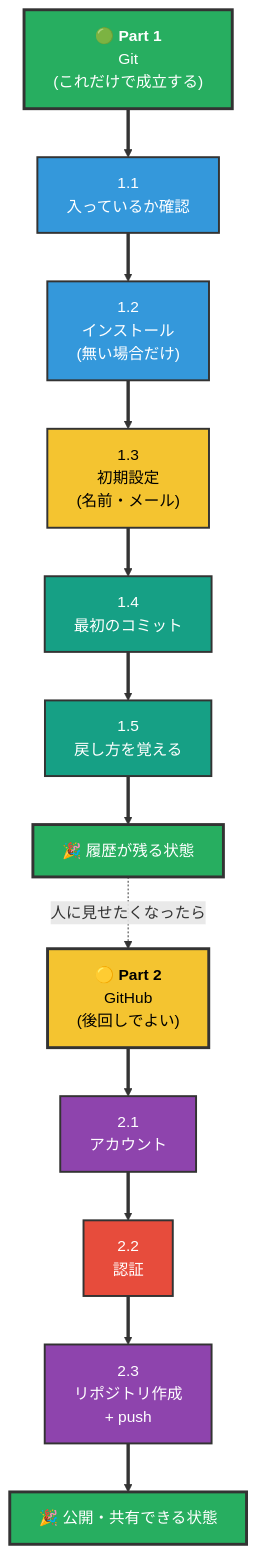
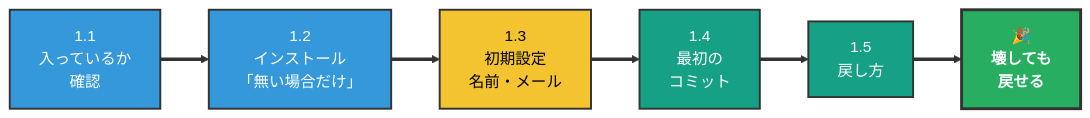
Before and after one commit to kasuyaofcb/tech_docs: the first of 7 diagrams in 02_git/setup.md, drawn with Mermaid. The commit also changed other lines of this file and 1 other file, not shown here.

First line of the commit message:
docs(git): setup.md に「ターミナルを開く」を新設し、全体マップを横レイアウトに

````diff
--- a/02_git/setup.md
+++ b/02_git/setup.md
@@ -16,31 +18,15 @@
 ```mermaid
-flowchart TB
-    P1["🟢 <b>Part 1</b><br/>Git<br/>(これだけで成立する)"]
+flowchart LR
+    S1["1.1<br/>入っているか<br/>確認"] ==> S2["1.2<br/>インストール<br/>「無い場合だけ」"]
+    S2 ==> S3["1.3<br/>初期設定<br/>名前・メール"]
+    S3 ==> S4["1.4<br/>最初の<br/>コミット"]
+    S4 ==> S5["1.5<br/>戻し方"]
+    S5 ==> G1["🎉<br/><b>壊しても<br/>戻せる</b>"]
 
-    P1 ==> S1["1.1<br/>入っているか確認"]
-    S1 ==> S2["1.2<br/>インストール<br/>(無い場合だけ)"]
-    S2 ==> S3["1.3<br/>初期設定<br/>(名前・メール)"]
-    S3 ==> S4["1.4<br/>最初のコミット"]
-    S4 ==> S5["1.5<br/>戻し方を覚える"]
-
-    S5 ==> GOAL1["🎉 履歴が残る状態"]
-
-    GOAL1 -.->|"人に見せたくなったら"| P2["🟡 <b>Part 2</b><br/>GitHub<br/>(後回しでよい)"]
-    P2 ==> T1["2.1<br/>アカウント"]
-    T1 ==> T2["2.2<br/>認証"]
-    T2 ==> T3["2.3<br/>リポジトリ作成<br/>+ push"]
-    T3 ==> GOAL2["🎉 公開・共有できる状態"]
-
-    style P1 fill:#27AE60,color:#FFFFFF,stroke:#333,stroke-width:3px
-    style P2 fill:#F4C430,color:#000,stroke:#333,stroke-width:3px
     style S1 fill:#3498DB,color:#FFFFFF,stroke:#333,stroke-width:2px
     style S2 fill:#3498DB,color:#FFFFFF,stroke:#333,stroke-width:2px
     style S3 fill:#F4C430,color:#000,stroke:#333,stroke-width:2px
     style S4 fill:#16A085,color:#FFFFFF,stroke:#333,stroke-width:2px
     style S5 fill:#16A085,color:#FFFFFF,stroke:#333,stroke-width:2px
-    style T1 fill:#8E44AD,color:#FFFFFF,stroke:#333,stroke-width:2px
-    style T2 fill:#E74C3C,color:#FFFFFF,stroke:#333,stroke-width:2px
-    style T3 fill:#8E44AD,color:#FFFFFF,stroke:#333,stroke-width:2px
-    style GOAL1 fill:#27AE60,color:#FFFFFF,stroke:#333,stroke-width:3px
-    style GOAL2 fill:#27AE60,color:#FFFFFF,stroke:#333,stroke-width:3px
+    style G1 fill:#27AE60,color:#FFFFFF,stroke:#333,stroke-width:3px
 ```
````
